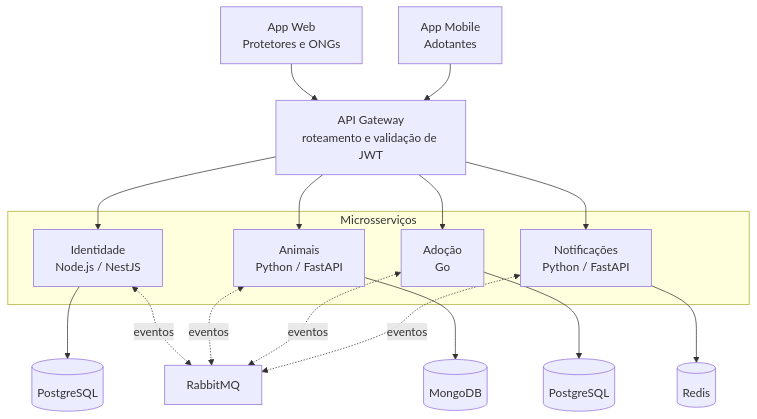
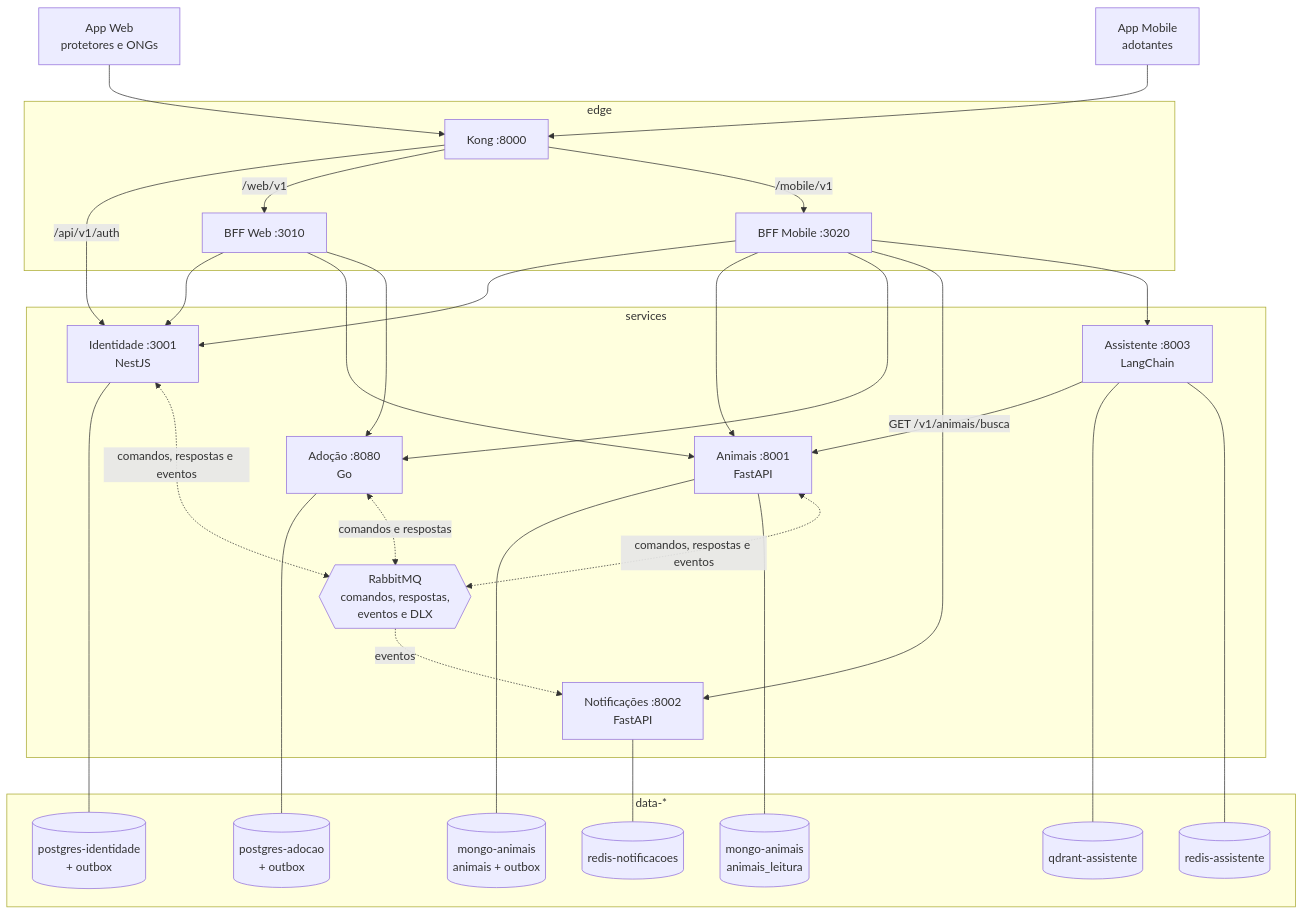
One commit to gxbreus/ampara changed the first of 2 diagrams in docs/arquitetura.md. Above: the diagram before and after it, drawn with Mermaid. The commit also changed other lines of this file, not shown here.

Commit message:
docs: atualiza a arquitetura com BFFs, Assistente, outbox e read model

````diff
--- a/docs/arquitetura.md
+++ b/docs/arquitetura.md
@@ -15,31 +17,52 @@
 ```mermaid
 flowchart TB
-    Web[App Web<br/>Protetores e ONGs]
-    Mobile[App Mobile<br/>Adotantes]
-    Gateway[API Gateway<br/>roteamento e validação de JWT]
+    Web[App Web<br/>protetores e ONGs]
+    Mob[App Mobile<br/>adotantes]
 
-    Web --> Gateway
-    Mobile --> Gateway
-
-    subgraph Servicos[Microsserviços]
-        Identidade[Identidade<br/>Node.js / NestJS]
-        Animais[Animais<br/>Python / FastAPI]
-        Adocao[Adoção<br/>Go]
-        Notificacoes[Notificações<br/>Python / FastAPI]
+    subgraph edge[edge]
+        GW[Kong :8000]
+        BW[BFF Web :3010]
+        BM[BFF Mobile :3020]
     end
 
-    Gateway --> Identidade
-    Gateway --> Animais
-    Gateway --> Adocao
-    Gateway --> Notificacoes
+    subgraph services[services]
+        ID[Identidade :3001<br/>NestJS]
+        AN[Animais :8001<br/>FastAPI]
+        AD[Adoção :8080<br/>Go]
+        NO[Notificações :8002<br/>FastAPI]
+        AS[Assistente :8003<br/>LangChain]
+        MQ{{RabbitMQ<br/>comandos, respostas,<br/>eventos e DLX}}
+    end
 
-    Identidade --> DBIdentidade[(PostgreSQL)]
-    Animais --> DBAnimais[(MongoDB)]
-    Adocao --> DBAdocao[(PostgreSQL)]
-    Notificacoes --> DBNotificacoes[(Redis)]
+    subgraph data[data-*]
+        PG1[(postgres-identidade<br/>+ outbox)]
+        MGW[(mongo-animais<br/>animais + outbox)]
+        MGR[(mongo-animais<br/>animais_leitura)]
+        PG2[(postgres-adocao<br/>+ outbox)]
+        RD[(redis-notificacoes)]
+        QD[(qdrant-assistente)]
+        RC[(redis-assistente)]
+    end
 
-    Identidade <-. eventos .-> RabbitMQ[RabbitMQ]
-    Animais <-. eventos .-> RabbitMQ
-    Adocao <-. eventos .-> RabbitMQ
-    Notificacoes <-. eventos .-> RabbitMQ
+    Web --> GW
+    Mob --> GW
+    GW -->|/api/v1/auth| ID
+    GW -->|/web/v1| BW
+    GW -->|/mobile/v1| BM
+    BW --> ID & AN & AD
+    BM --> ID & AN & AD & NO & AS
+    AS -->|GET /v1/animais/busca| AN
+
+    ID --- PG1
+    AN --- MGW
+    AN --- MGR
+    AD --- PG2
+    NO --- RD
+    AS --- QD
+    AS --- RC
+
+    AD <-. comandos e respostas .-> MQ
+    AN <-. comandos, respostas e eventos .-> MQ
+    ID <-. comandos, respostas e eventos .-> MQ
+    MQ -. eventos .-> NO
 ```
````
